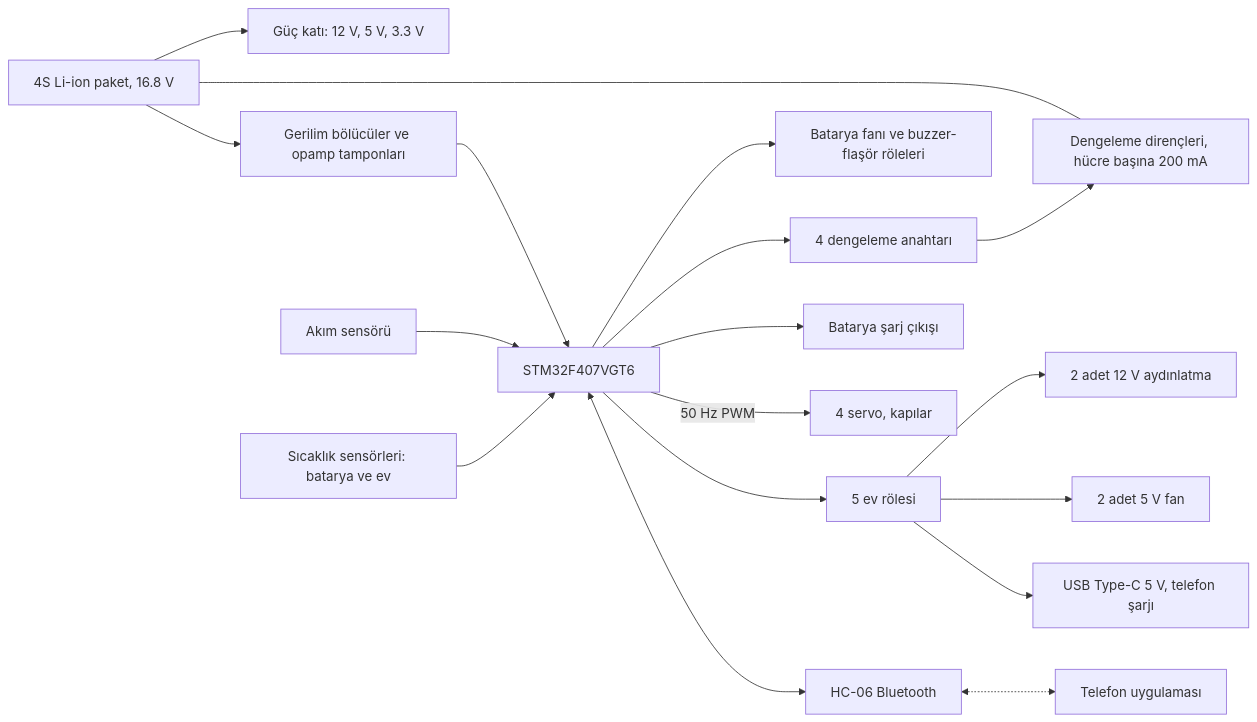
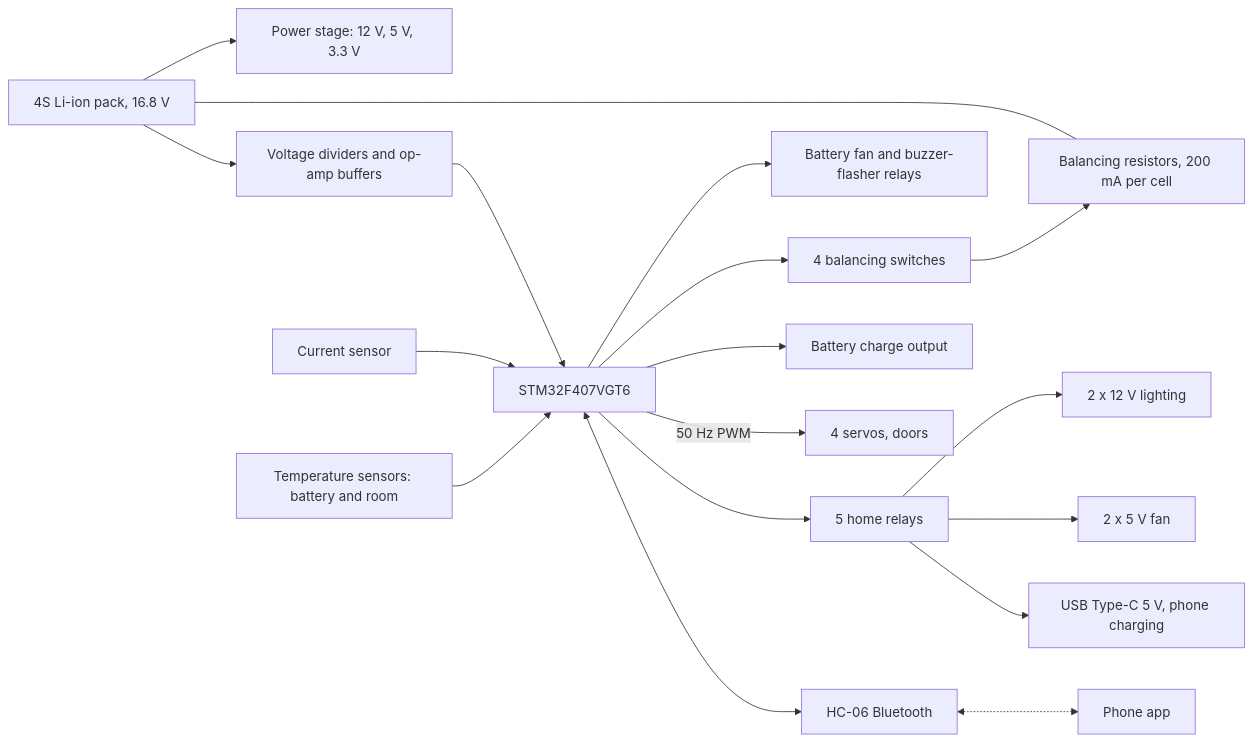
The first of 6 diagrams in README.md (meyubcan/stm32-4s-bms-home-automation), drawn with Mermaid before and after one commit. The commit also changed other lines of this file and 1 other file, not shown here.

````diff
--- a/README.md
+++ b/README.md
@@ -13,20 +26,20 @@
 ```mermaid
 flowchart LR
-    BAT[4S Li-ion paket, 16.8 V] --> PWR[Güç katı: 12 V, 5 V, 3.3 V]
-    BAT --> VDIV[Gerilim bölücüler ve opamp tamponları]
-    BAT --- BALR[Dengeleme dirençleri, hücre başına 200 mA]
+    BAT[4S Li-ion pack, 16.8 V] --> PWR[Power stage: 12 V, 5 V, 3.3 V]
+    BAT --> VDIV[Voltage dividers and op-amp buffers]
+    BAT --- BALR[Balancing resistors, 200 mA per cell]
     VDIV --> MCU[STM32F407VGT6]
-    ISEN[Akım sensörü] --> MCU
-    TSEN[Sıcaklık sensörleri: batarya ve ev] --> MCU
-    MCU --> BALSW[4 dengeleme anahtarı]
+    ISEN[Current sensor] --> MCU
+    TSEN[Temperature sensors: battery and room] --> MCU
+    MCU --> BALSW[4 balancing switches]
     BALSW --> BALR
-    MCU --> PROT[Batarya fanı ve buzzer-flaşör röleleri]
-    MCU --> HOME[5 ev rölesi]
-    HOME --> LED[2 adet 12 V aydınlatma]
-    HOME --> FAN[2 adet 5 V fan]
-    HOME --> USB[USB Type-C 5 V, telefon şarjı]
-    MCU --> CHG[Batarya şarj çıkışı]
-    MCU -- "50 Hz PWM" --> SRV[4 servo, kapılar]
+    MCU --> PROT[Battery fan and buzzer-flasher relays]
+    MCU --> HOME[5 home relays]
+    HOME --> LED[2 x 12 V lighting]
+    HOME --> FAN[2 x 5 V fan]
+    HOME --> USB[USB Type-C 5 V, phone charging]
+    MCU --> CHG[Battery charge output]
+    MCU -- "50 Hz PWM" --> SRV[4 servos, doors]
     MCU <--> BT[HC-06 Bluetooth]
-    BT <-.-> APP[Telefon uygulaması]
+    BT <-.-> APP[Phone app]
 ```
````
